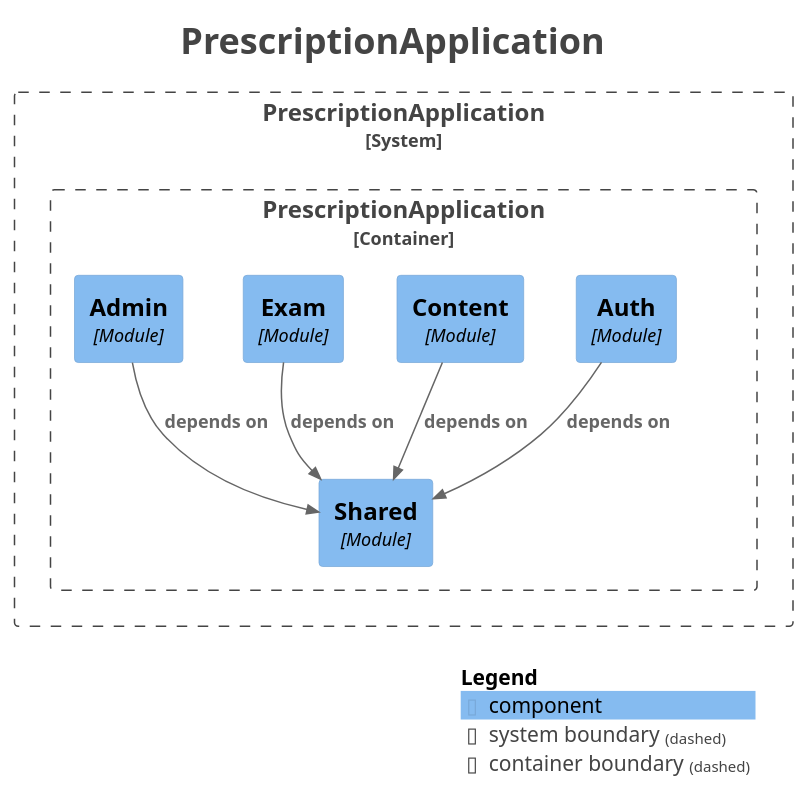
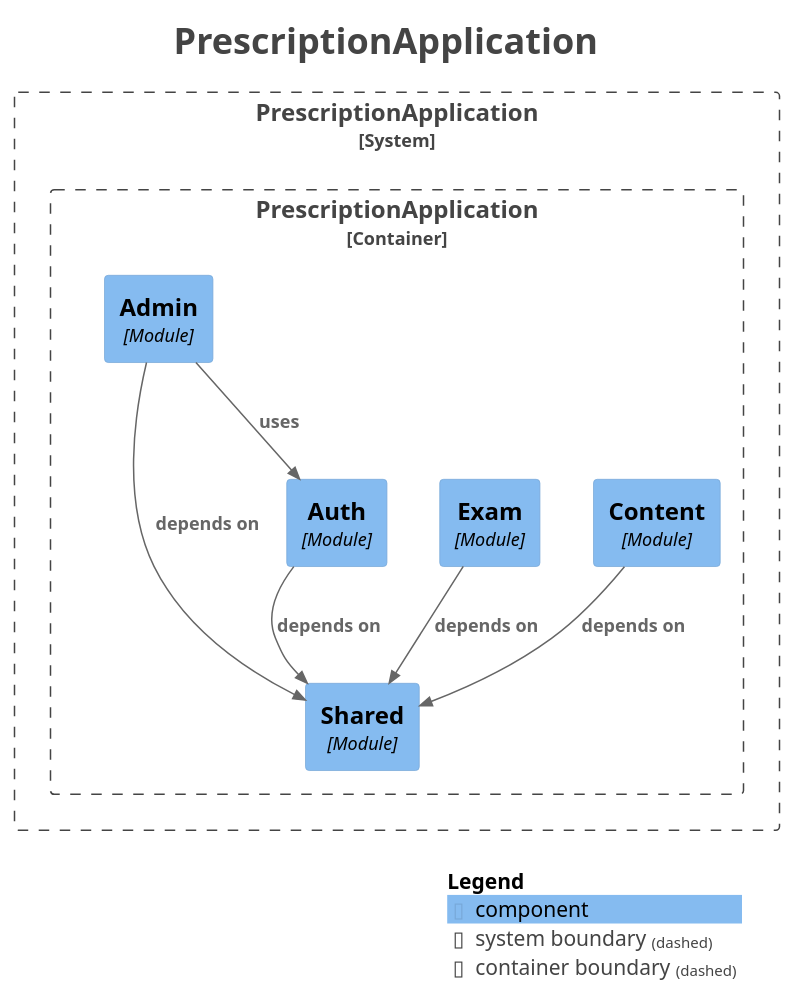
Before and after one commit to Losdreyfedus/doping-prescription: the diagram in docs/moduller/components.puml, drawn with PlantUML. The commit also changed 26 other files, not shown here.

```diff
--- a/docs/moduller/components.puml
+++ b/docs/moduller/components.puml
@@ -1,36 +1,37 @@
 @startuml
 title <size:24>PrescriptionApplication</size>
 
 set separator none
 top to bottom direction
 
 <style>
   root {
     BackgroundColor: #ffffff
     FontColor: #444444
   }
 </style>
 
 !include <C4/C4>
 !include <C4/C4_Context>
 !include <C4/C4_Component>
 
 System_Boundary("PrescriptionApplication_boundary", "PrescriptionApplication", $tags="") {
   Container_Boundary("PrescriptionApplication.PrescriptionApplication_boundary", "PrescriptionApplication", $tags="") {
-    Component(PrescriptionApplication.PrescriptionApplication.Auth, "Auth", $techn="Module", $descr="", $tags="", $link="")
     Component(PrescriptionApplication.PrescriptionApplication.Content, "Content", $techn="Module", $descr="", $tags="", $link="")
     Component(PrescriptionApplication.PrescriptionApplication.Exam, "Exam", $techn="Module", $descr="", $tags="", $link="")
+    Component(PrescriptionApplication.PrescriptionApplication.Admin, "Admin", $techn="Module", $descr="", $tags="", $link="")
     Component(PrescriptionApplication.PrescriptionApplication.Shared, "Shared", $techn="Module", $descr="", $tags="", $link="")
-    Component(PrescriptionApplication.PrescriptionApplication.Admin, "Admin", $techn="Module", $descr="", $tags="", $link="")
+    Component(PrescriptionApplication.PrescriptionApplication.Auth, "Auth", $techn="Module", $descr="", $tags="", $link="")
   }
 
 }
 
 Rel(PrescriptionApplication.PrescriptionApplication.Auth, PrescriptionApplication.PrescriptionApplication.Shared, "depends on", $techn="", $tags="", $link="")
-Rel(PrescriptionApplication.PrescriptionApplication.Admin, PrescriptionApplication.PrescriptionApplication.Shared, "depends on", $techn="", $tags="", $link="")
 Rel(PrescriptionApplication.PrescriptionApplication.Content, PrescriptionApplication.PrescriptionApplication.Shared, "depends on", $techn="", $tags="", $link="")
 Rel(PrescriptionApplication.PrescriptionApplication.Exam, PrescriptionApplication.PrescriptionApplication.Shared, "depends on", $techn="", $tags="", $link="")
+Rel(PrescriptionApplication.PrescriptionApplication.Admin, PrescriptionApplication.PrescriptionApplication.Shared, "depends on", $techn="", $tags="", $link="")
+Rel(PrescriptionApplication.PrescriptionApplication.Admin, PrescriptionApplication.PrescriptionApplication.Auth, "uses", $techn="", $tags="", $link="")
 
 SHOW_LEGEND(true)
 hide stereotypes
 @enduml
```
